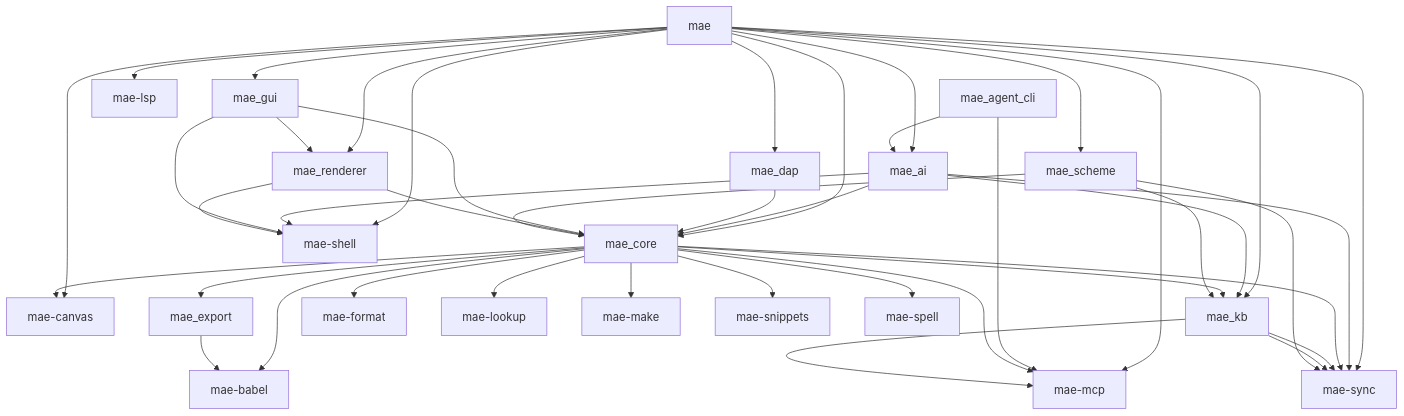
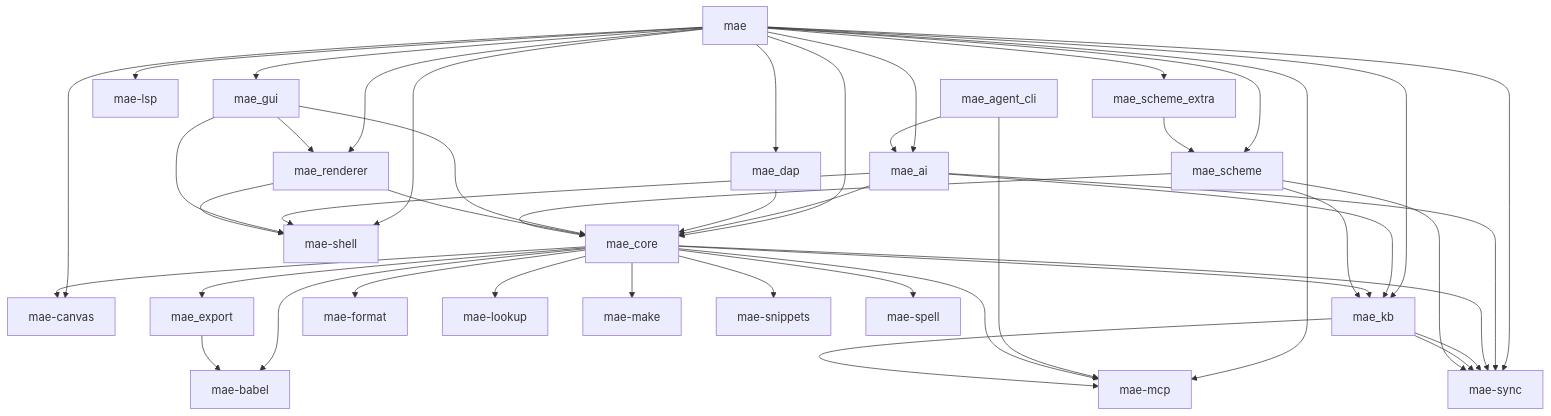
One commit to cuttlefisch/mae changed the diagram in docs/CODE_MAP.md. Above: the diagram before and after it, drawn with Mermaid. The commit also changed other lines of this file and 13 other files, not shown here.

````diff
--- a/docs/CODE_MAP.md
+++ b/docs/CODE_MAP.md
@@ -7,56 +7,58 @@
 ```mermaid
 graph TD
     mae --> mae_ai
     mae --> mae_canvas
     mae --> mae_core
     mae --> mae_dap
     mae --> mae_gui
     mae --> mae_kb
     mae --> mae_lsp
     mae --> mae_mcp
     mae --> mae_renderer
     mae --> mae_scheme
+    mae --> mae_scheme_extra
     mae --> mae_shell
     mae --> mae_sync
     mae_agent_cli --> mae_ai
     mae_agent_cli --> mae_mcp
     mae_ai --> mae_core
     mae_ai --> mae_kb
     mae_ai --> mae_shell
     mae_ai --> mae_sync
     mae_babel[mae-babel]
     mae_canvas[mae-canvas]
     mae_core --> mae_babel
     mae_core --> mae_canvas
     mae_core --> mae_export
     mae_core --> mae_format
     mae_core --> mae_kb
     mae_core --> mae_lookup
     mae_core --> mae_make
     mae_core --> mae_snippets
     mae_core --> mae_spell
     mae_core --> mae_sync
     mae_core --> mae_mcp
     mae_dap --> mae_core
     mae_export --> mae_babel
     mae_format[mae-format]
     mae_gui --> mae_core
     mae_gui --> mae_renderer
     mae_gui --> mae_shell
     mae_kb --> mae_mcp
     mae_kb --> mae_sync
     mae_kb --> mae_sync
     mae_lookup[mae-lookup]
     mae_lsp[mae-lsp]
     mae_make[mae-make]
     mae_mcp[mae-mcp]
     mae_renderer --> mae_core
     mae_renderer --> mae_shell
     mae_scheme --> mae_core
     mae_scheme --> mae_kb
     mae_scheme --> mae_sync
+    mae_scheme_extra --> mae_scheme
     mae_shell[mae-shell]
     mae_snippets[mae-snippets]
     mae_spell[mae-spell]
     mae_sync[mae-sync]
 ```
````
